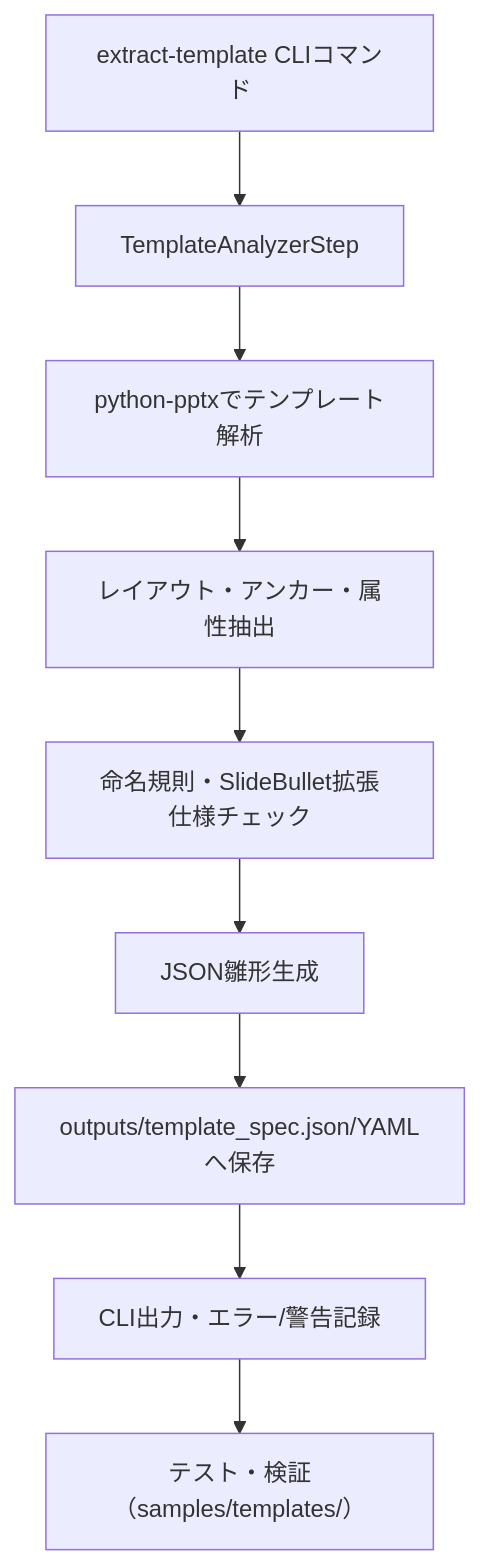
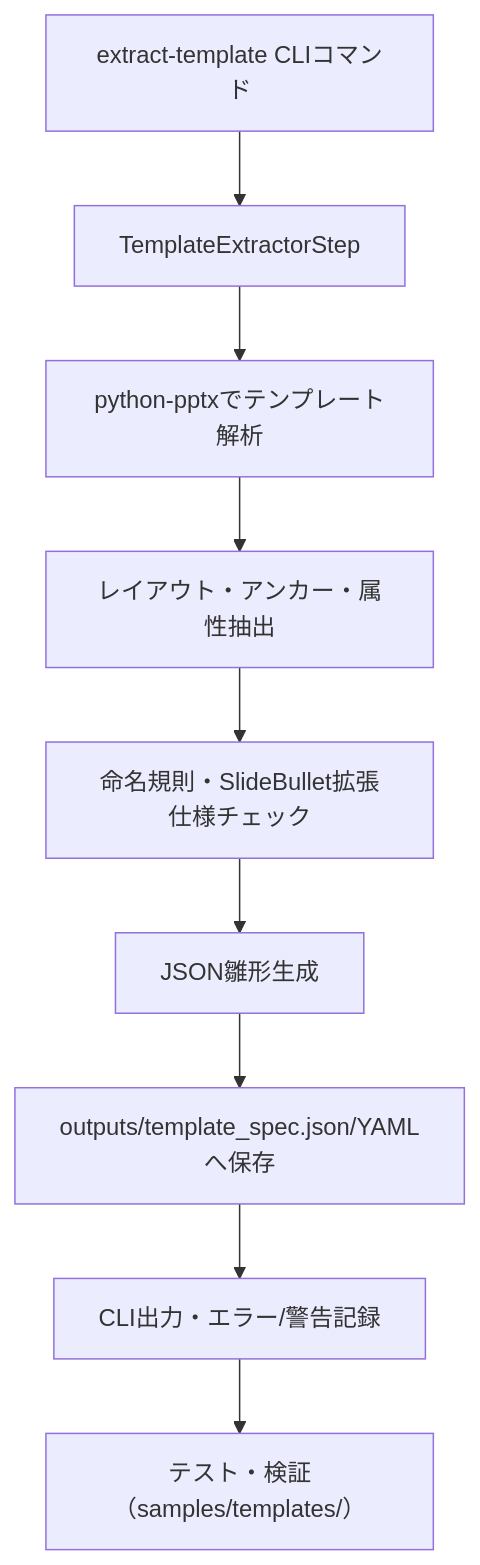
The diagram in docs/todo/20251009-template-spec-export.md (yurake/pptx_generator), drawn with Mermaid before and after one commit. The commit also changed other lines of this file and 1 other file, not shown here.

Commit message:
docs: align template extractor documentation

````diff
--- a/docs/todo/20251009-template-spec-export.md
+++ b/docs/todo/20251009-template-spec-export.md
@@ -73,11 +73,11 @@
 ```mermaid
 flowchart TD
-    A[extract-template CLIコマンド] --> B[TemplateAnalyzerStep]
+    A[extract-template CLIコマンド] --> B[TemplateExtractorStep]
     B --> C[python-pptxでテンプレート解析]
     C --> D[レイアウト・アンカー・属性抽出]
     D --> E[命名規則・SlideBullet拡張仕様チェック]
     E --> F[JSON雛形生成]
     F --> G[outputs/template_spec.json/YAMLへ保存]
     G --> H[CLI出力・エラー/警告記録]
     H --> I[テスト・検証（samples/templates/）]
 ```
````
